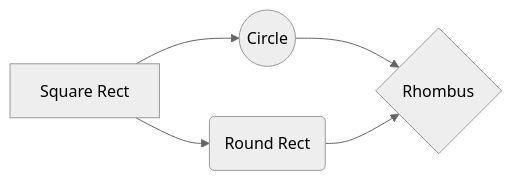
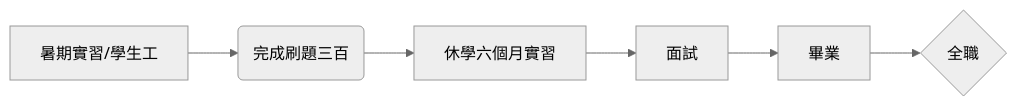
The diagram in README.md (kuangyu0801/kuangyu0801.github.io), drawn with Mermaid (neutral theme) before and after one commit. The commit also changed other lines of this file, not shown here.

````diff
--- a/README.md
+++ b/README.md
@@ -55,7 +55,8 @@
 ```mermaid
 graph LR
-A[Square Rect]  --> B((Circle))
-A --> C(Round Rect)
-B --> D{Rhombus}
-C --> D
+A[暑期實習/學生工]  --> B(完成刷題三百)
+B --> C[休學六個月實習]
+C --> D[面試]
+D --> E[畢業]
+E --> F{全職}
 ```
````
